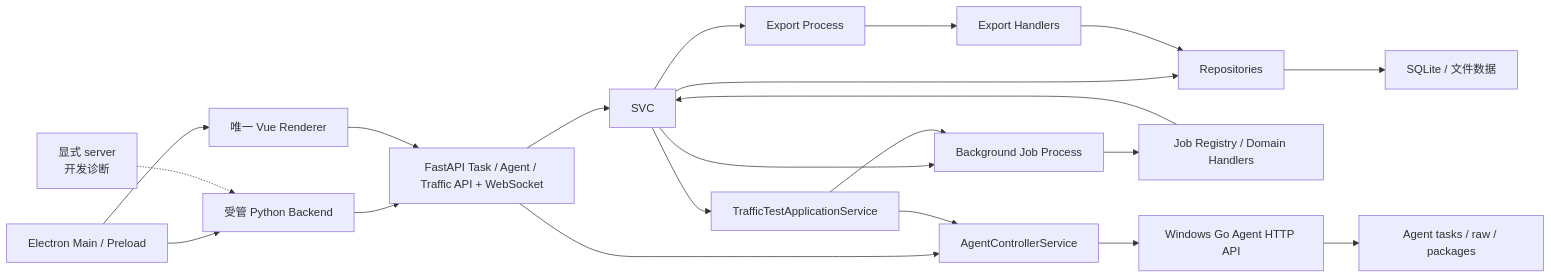
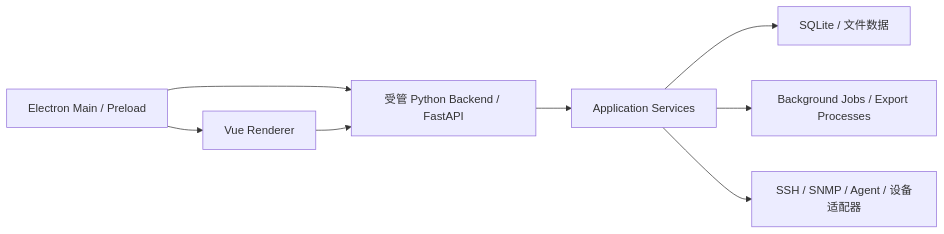
One commit to wxj183589/NetConsole changed the diagram in README.md. Above: the diagram before and after it, drawn with Mermaid. The commit also changed other lines of this file and 1 other file, not shown here.

````diff
--- a/README.md
+++ b/README.md
@@ -69,23 +75,10 @@
 ```mermaid
 flowchart LR
-    E["Electron Main / Preload"] --> CORE["受管 Python Backend"]
-    E --> VUE["唯一 Vue Renderer"]
-    DEV["显式 server\n开发诊断"] -.-> CORE
-    CORE --> API["FastAPI Task / Agent / Traffic API + WebSocket"]
-    VUE --> API
-    API --> SVC
-    SVC --> REPO["Repositories"]
-    REPO --> DB["SQLite / 文件数据"]
-    SVC --> JOB["Background Job Process"]
-    SVC --> EXP["Export Process"]
-    JOB --> REG["Job Registry / Domain Handlers"]
-    EXP --> WRITER["Export Handlers"]
-    REG --> SVC
-    WRITER --> REPO
-    API --> CTRL["AgentControllerService"]
-    CTRL --> AGENT["Windows Go Agent HTTP API"]
-    AGENT --> AGENTDATA["Agent tasks / raw / packages"]
-    SVC --> TRAFFIC["TrafficTestApplicationService"]
-    TRAFFIC --> JOB
-    TRAFFIC --> CTRL
+    E["Electron Main / Preload"] --> V["Vue Renderer"]
+    E --> B["受管 Python Backend / FastAPI"]
+    V --> B
+    B --> S["Application Services"]
+    S --> R["SQLite / 文件数据"]
+    S --> J["Background Jobs / Export Processes"]
+    S --> D["SSH / SNMP / Agent / 设备适配器"]
 ```
````
